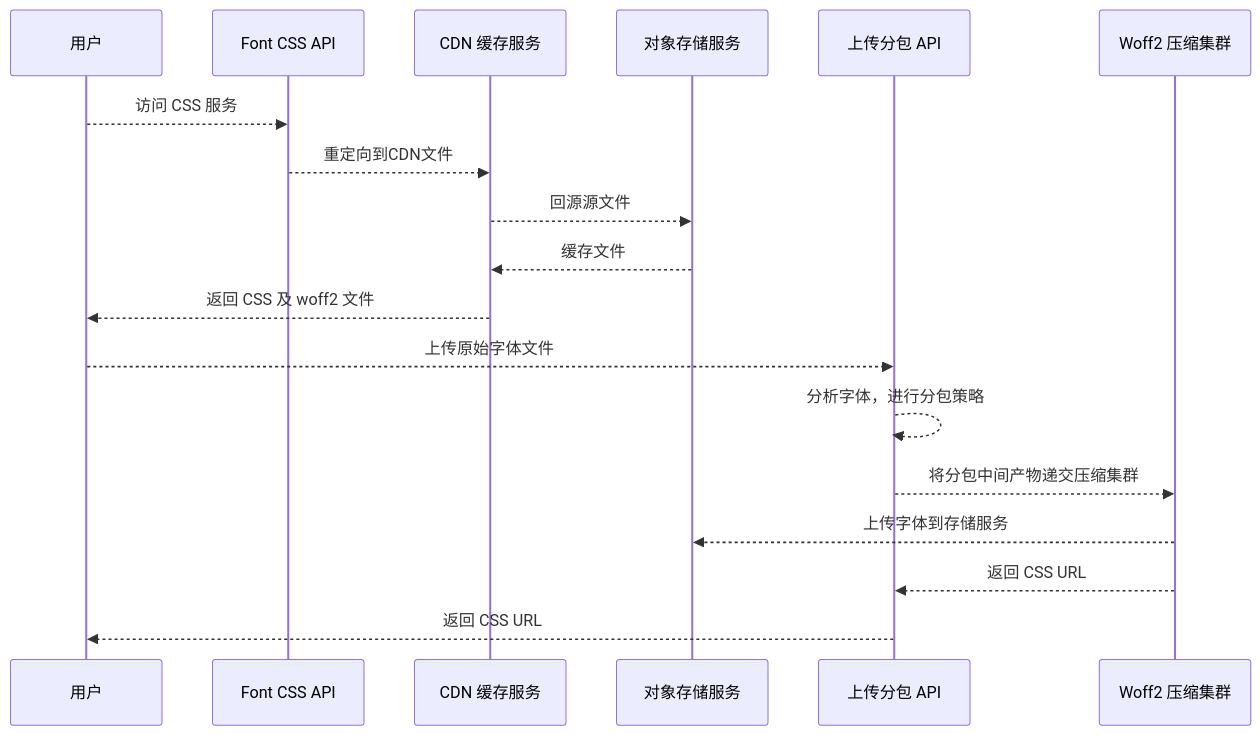
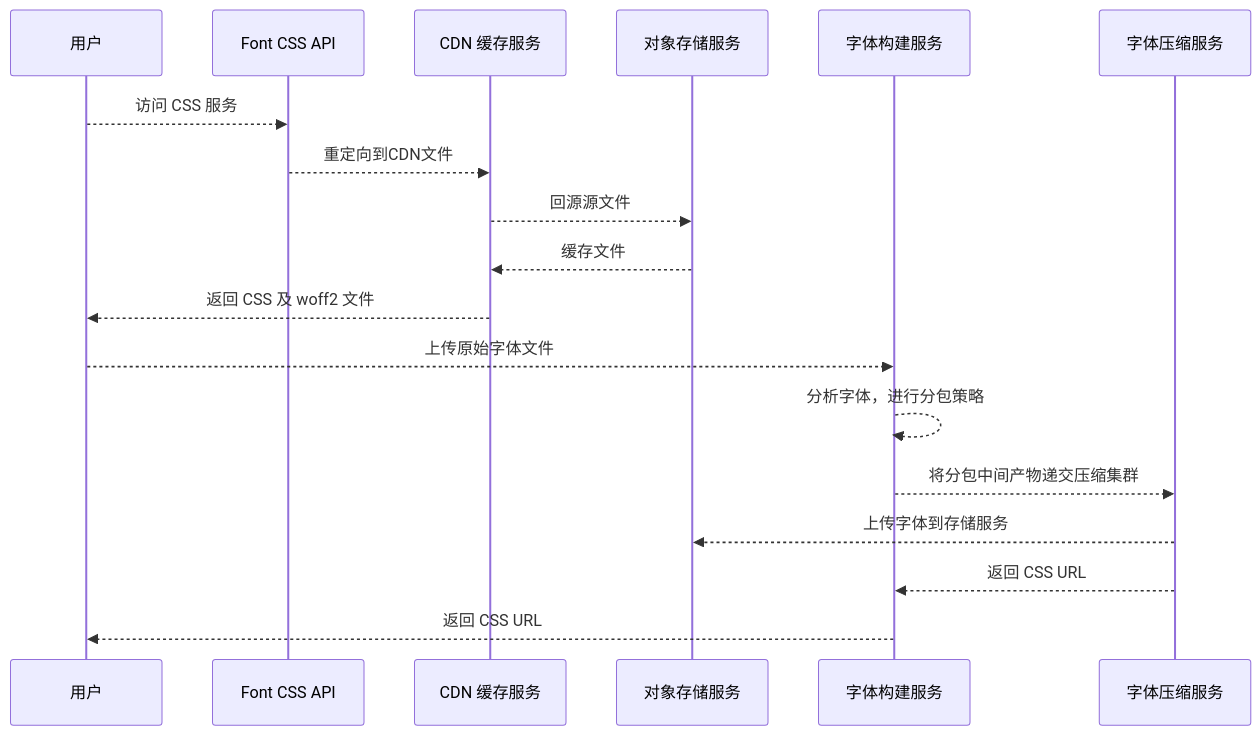
One commit to KonghaYao/cn-font-split changed the diagram in packages/edge-provider/README.md. Above: the diagram before and after it, drawn with Mermaid. The commit also changed other lines of this file, not shown here.

````diff
--- a/packages/edge-provider/README.md
+++ b/packages/edge-provider/README.md
@@ -9,24 +9,24 @@
 ```mermaid
 sequenceDiagram
     participant U as 用户
     participant F as Font CSS API
     participant CDN as CDN 缓存服务
     participant OSS as 对象存储服务
-    participant Upload as 上传分包 API
-    participant W as Woff2 压缩集群
+    participant Upload as 字体构建服务
+    participant W as 字体压缩服务
 
     U -->> F: 访问 CSS 服务
     F -->> CDN: 重定向到CDN文件
     CDN -->> OSS: 回源源文件
     OSS -->> CDN: 缓存文件
     CDN -->> U: 返回 CSS 及 woff2 文件
 
 
 
     U -->> Upload: 上传原始字体文件
     Upload -->> Upload: 分析字体，进行分包策略
     Upload -->> W: 将分包中间产物递交压缩集群
     W -->> OSS: 上传字体到存储服务
     W -->> Upload: 返回 CSS URL
     Upload -->> U: 返回 CSS URL
 ```
````
